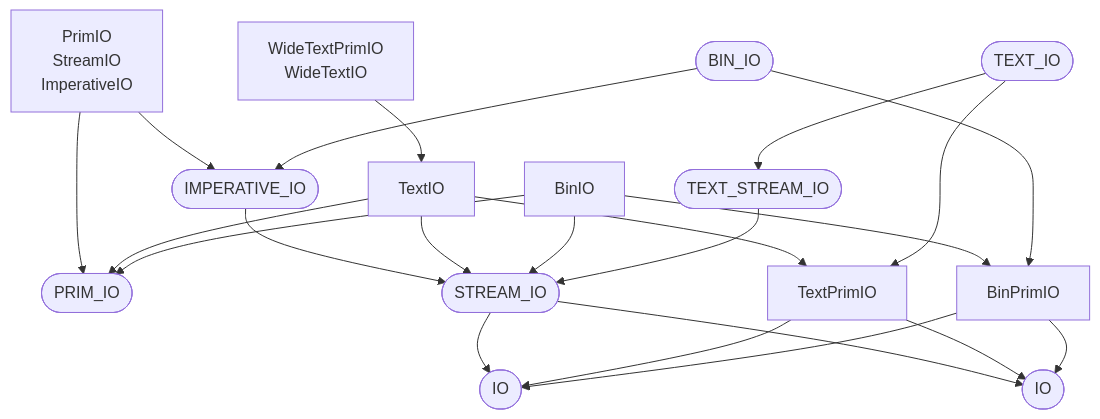
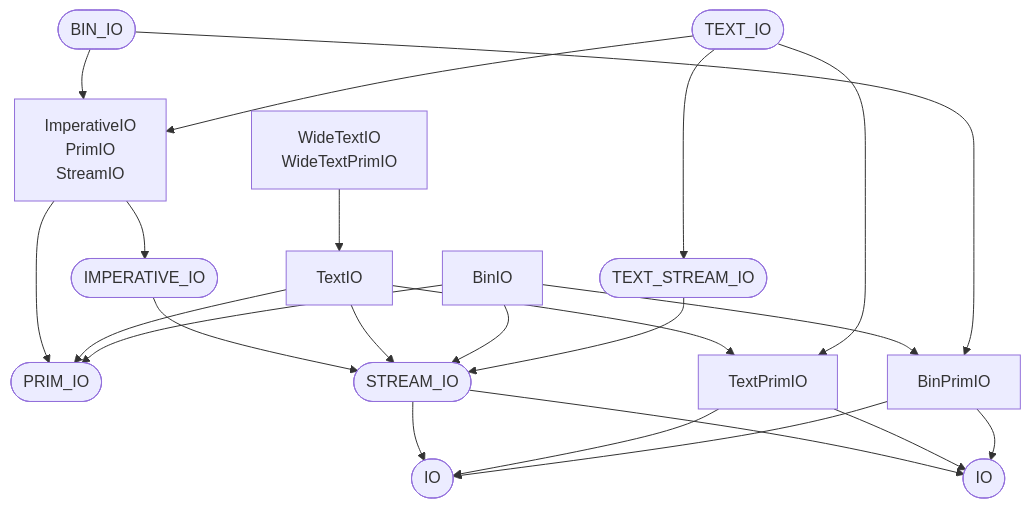
One commit to ruudkoot/rune changed the eighth of 9 diagrams in docs/generated/basis/depends.md. Above: the diagram before and after it, drawn with Mermaid. The commit also changed other lines of this file and 76 other files, not shown here.

````diff
--- a/docs/generated/basis/depends.md
+++ b/docs/generated/basis/depends.md
@@ -387,38 +387,39 @@
 ```mermaid
 flowchart TD
-  n65(["IO"])
-  n66(["PRIM_IO"])
-  n67(["STREAM_IO"])
-  n68["TextPrimIO"]
-  n69["BinPrimIO"]
-  n71(["IMPERATIVE_IO"])
-  n72["PrimIO<br>StreamIO<br>ImperativeIO"]
-  n73["TextIO"]
-  n75["BinIO"]
-  n99(["BIN_IO"])
-  n111(["IO"])
-  n132(["TEXT_STREAM_IO"])
-  n142(["TEXT_IO"])
-  n156["WideTextPrimIO<br>WideTextIO"]
-  n67 --> n111
-  n67 --> n65
-  n68 --> n111
-  n68 --> n65
-  n69 --> n111
-  n69 --> n65
-  n71 --> n67
-  n72 --> n71
-  n72 --> n66
+  n66(["IO"])
+  n67(["PRIM_IO"])
+  n68(["STREAM_IO"])
+  n69["TextPrimIO"]
+  n70["BinPrimIO"]
+  n72(["IMPERATIVE_IO"])
+  n73["ImperativeIO<br>PrimIO<br>StreamIO"]
+  n74["TextIO"]
+  n76["BinIO"]
+  n90(["BIN_IO"])
+  n102(["IO"])
+  n123(["TEXT_STREAM_IO"])
+  n133(["TEXT_IO"])
+  n147["WideTextIO<br>WideTextPrimIO"]
+  n68 --> n102
+  n68 --> n66
+  n69 --> n102
+  n69 --> n66
+  n70 --> n102
+  n70 --> n66
+  n72 --> n68
+  n73 --> n72
   n73 --> n67
-  n73 --> n66
-  n73 --> n68
-  n75 --> n69
-  n75 --> n67
-  n75 --> n66
-  n99 --> n69
-  n99 --> n71
-  n132 --> n67
-  n142 --> n132
-  n142 --> n68
-  n156 --> n73
+  n74 --> n68
+  n74 --> n67
+  n74 --> n69
+  n76 --> n70
+  n76 --> n68
+  n76 --> n67
+  n90 --> n70
+  n90 --> n73
+  n123 --> n68
+  n133 --> n73
+  n133 --> n123
+  n133 --> n69
+  n147 --> n74
 ```
````
